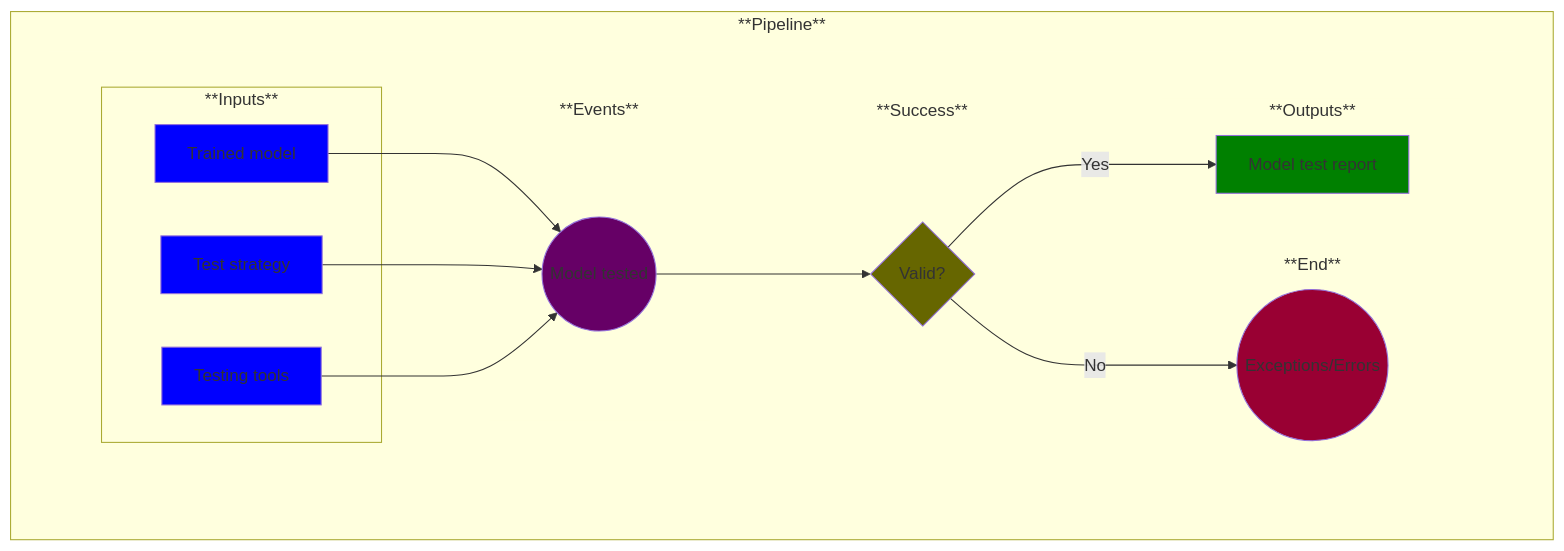
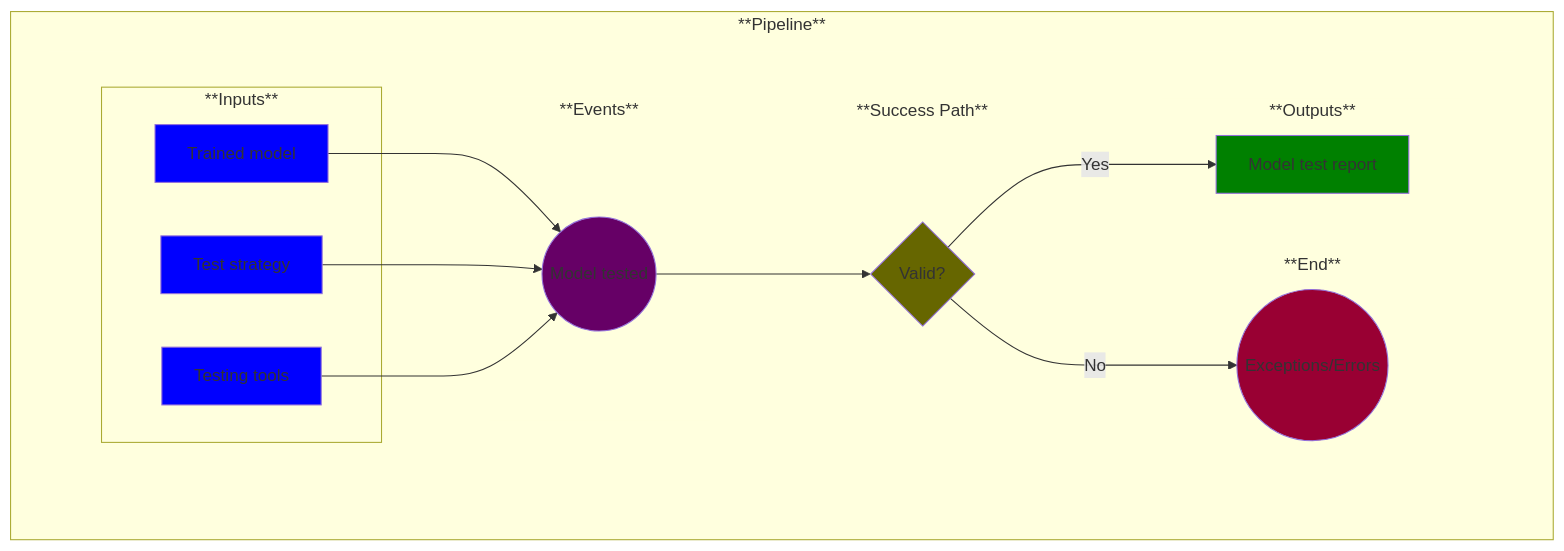
One commit to MLOps-OpenAPI/arch-diagrams changed the diagram in use-cases/10-model-test.md. Above: the diagram before and after it, drawn with Mermaid. The commit also changed 4 other files, not shown here.

````diff
--- a/use-cases/10-model-test.md
+++ b/use-cases/10-model-test.md
@@ -17,79 +17,79 @@
 ```mermaid
 
 %% Creating a left-to-right flowchart
 %% Learn the syntax here: https://mermaid.js.org/syntax/flowchart.html
 %% Note: flowchart and graph are the same in Mermaid
 graph LR;
 
     %% Define the common flow items:
     %%A--> B
     %%B-->C
     subgraph Pipeline ["**Pipeline**"]
         
         %% Add an empty node to overcome some formatting issues
         subgraph invisibleSpace["<br/>"]
 
             %% Add the rest of the nodes
             subgraph Inputs ["**Inputs**"]
                 A1
             end
             subgraph Inputs ["**Inputs**"]
                 A2
             end
             subgraph Inputs ["**Inputs**"]
                 A3
             end
             subgraph Events ["**Events**"]
                 B
             end
-            subgraph Success ["**Success**"]
+            subgraph Success ["**Success Path**"]
                 C
             end
             subgraph End ["**End**"]
                 D
             end
             subgraph Outputs ["**Outputs**"]
                 E
             end
         end
         A1-->B
         A2-->B
         A3-->B
         B-->C
         C--> | No | D
         C--> | Yes | E
     end
 
     %% Now label and style the blocks
     %% Note: You could have done this above, but I find this to be cleaner and easier to manage
 
     A1[Trained model]
     style A1 fill:blue
 
     A2[Test strategy]
     style A2 fill:blue
 
     A3[Testing tools]
     style A3 fill:blue
 
     B((Model tested))
     style B fill:#660066
 
     C{Valid?}
     style C fill:#666600
 
     D((Exceptions/Errors))
     style D fill:#990033
 
     E[Model test report]
     style E fill:green
 
     %% Remove unnecessary box outlines
     style invisibleSpace stroke-width:0
     style Inputs stroke-width:0
     style Events stroke-width:0
     style Outputs stroke-width:0
     style End stroke-width:0
     style Success stroke-width:0
 
 ```
````
